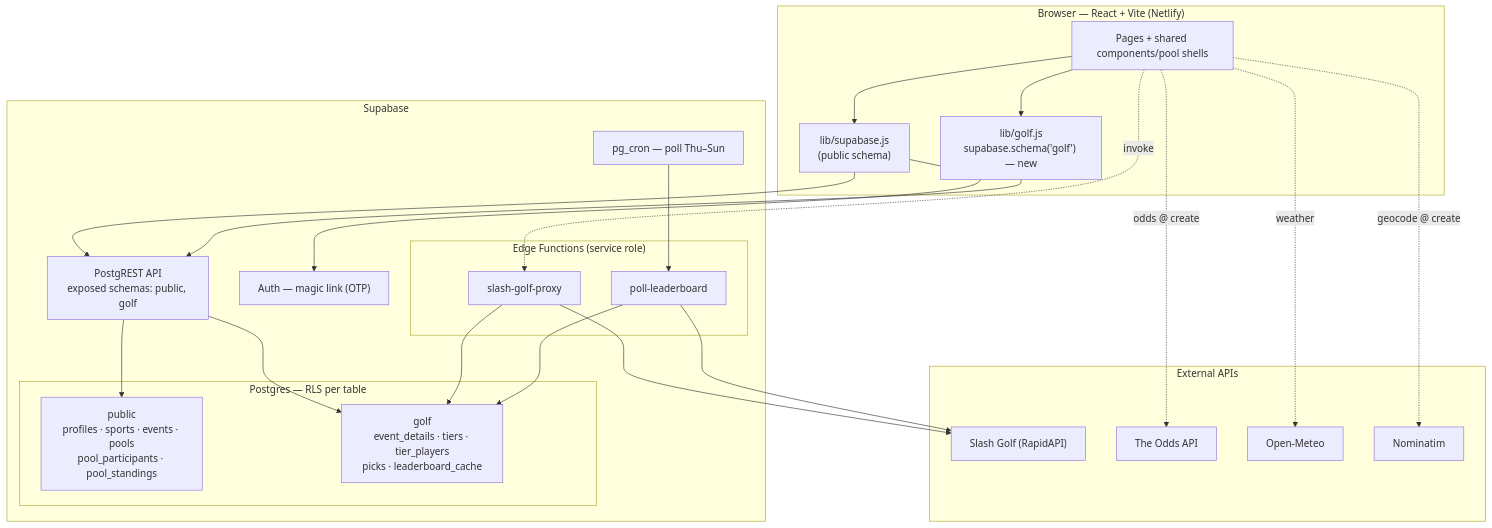
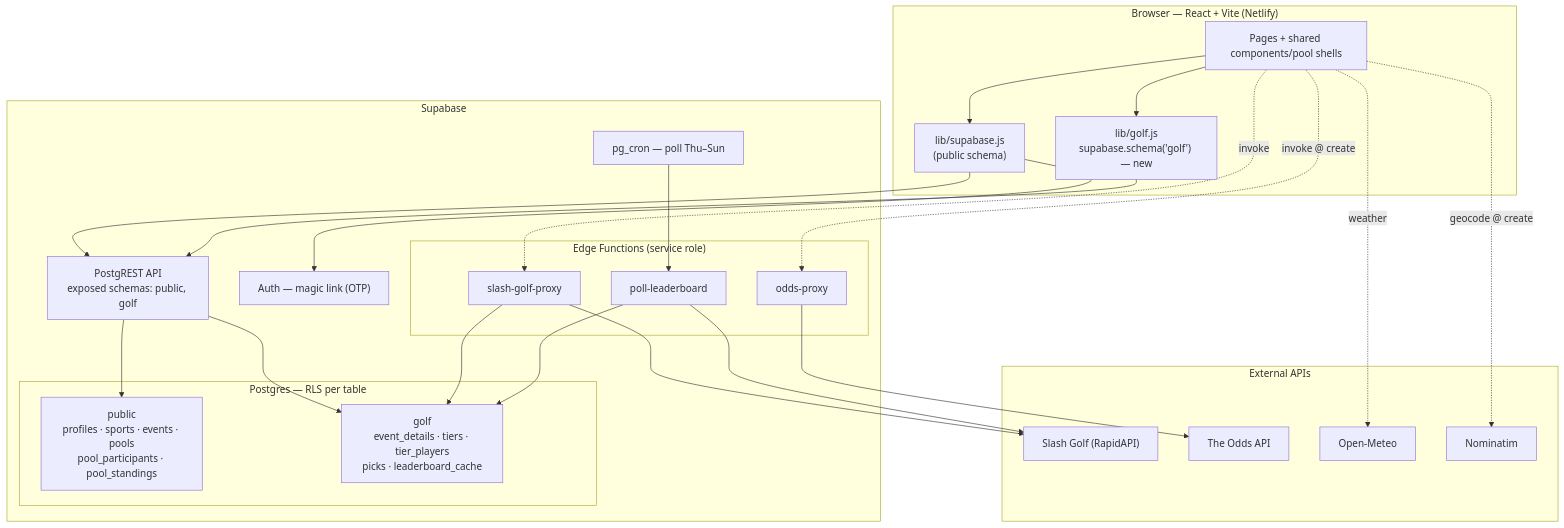
Before and after one commit to Teigenjudd/Golf-Pick-Em: the second of 2 diagrams in docs/MULTI_SPORT_MIGRATION.md, drawn with Mermaid. The commit also changed other lines of this file and 8 other files, not shown here.

````diff
--- a/docs/MULTI_SPORT_MIGRATION.md
+++ b/docs/MULTI_SPORT_MIGRATION.md
@@ -232,44 +232,46 @@
 ```mermaid
 flowchart TB
   subgraph BROWSER["Browser — React + Vite (Netlify)"]
     UI["Pages + shared components/pool shells"]
     LIBP["lib/supabase.js<br/>(public schema)"]
     LIBG["lib/golf.js<br/>supabase.schema('golf') — new"]
   end
 
   subgraph SUPA["Supabase"]
     AUTH["Auth — magic link (OTP)"]
     REST["PostgREST API<br/>exposed schemas: public, golf"]
     subgraph PG["Postgres — RLS per table"]
       PUB["public<br/>profiles · sports · events · pools<br/>pool_participants · pool_standings"]
       GOLF["golf<br/>event_details · tiers · tier_players<br/>picks · leaderboard_cache"]
     end
     subgraph EF["Edge Functions (service role)"]
       PROXY["slash-golf-proxy"]
       POLL["poll-leaderboard"]
+      ODDSFN["odds-proxy"]
     end
     CRON["pg_cron — poll Thu–Sun"]
   end
 
   subgraph EXT["External APIs"]
     SLASH["Slash Golf (RapidAPI)"]
     ODDS["The Odds API"]
     METEO["Open-Meteo"]
     NOMIN["Nominatim"]
   end
 
   UI --> LIBP --> REST
   UI --> LIBG --> REST
   LIBP --> AUTH
   REST --> PUB
   REST --> GOLF
-  UI -. "odds @ create" .-> ODDS
   UI -. "weather" .-> METEO
   UI -. "geocode @ create" .-> NOMIN
   UI -. "invoke" .-> PROXY
+  UI -. "invoke @ create" .-> ODDSFN
+  ODDSFN --> ODDS
   PROXY --> SLASH
   PROXY --> GOLF
   CRON --> POLL
   POLL --> SLASH
   POLL --> GOLF
 ```
````
